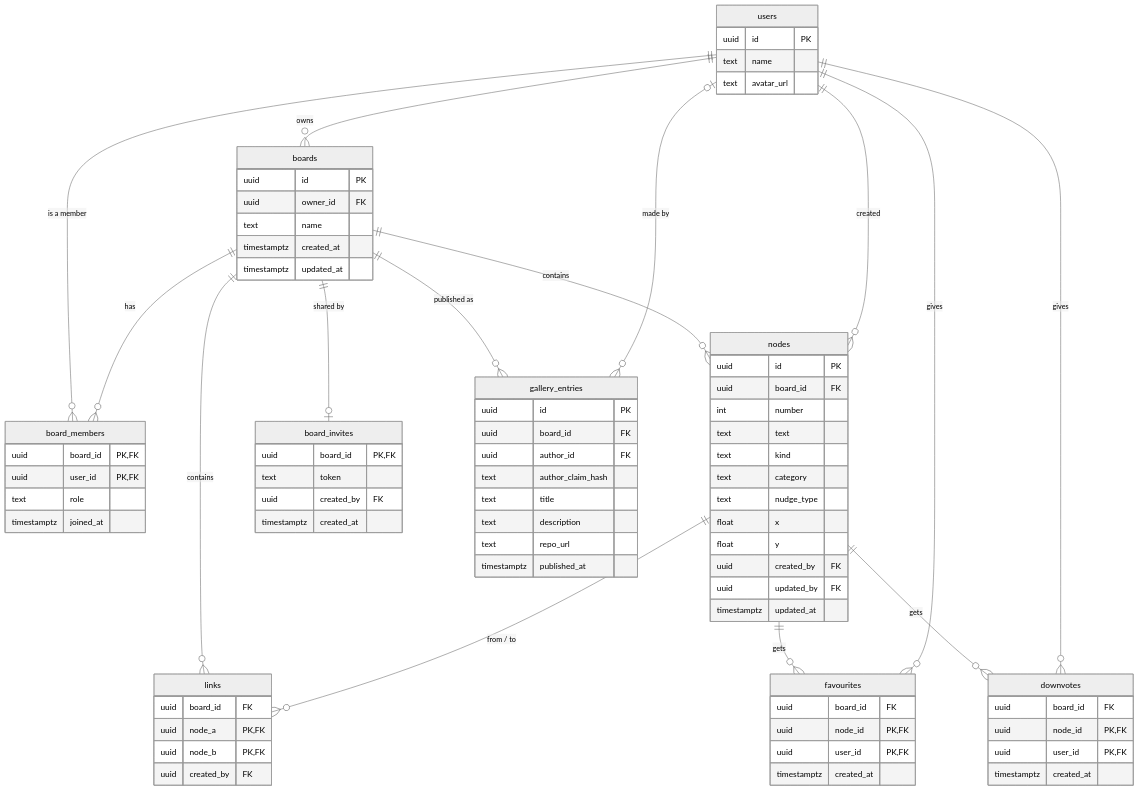
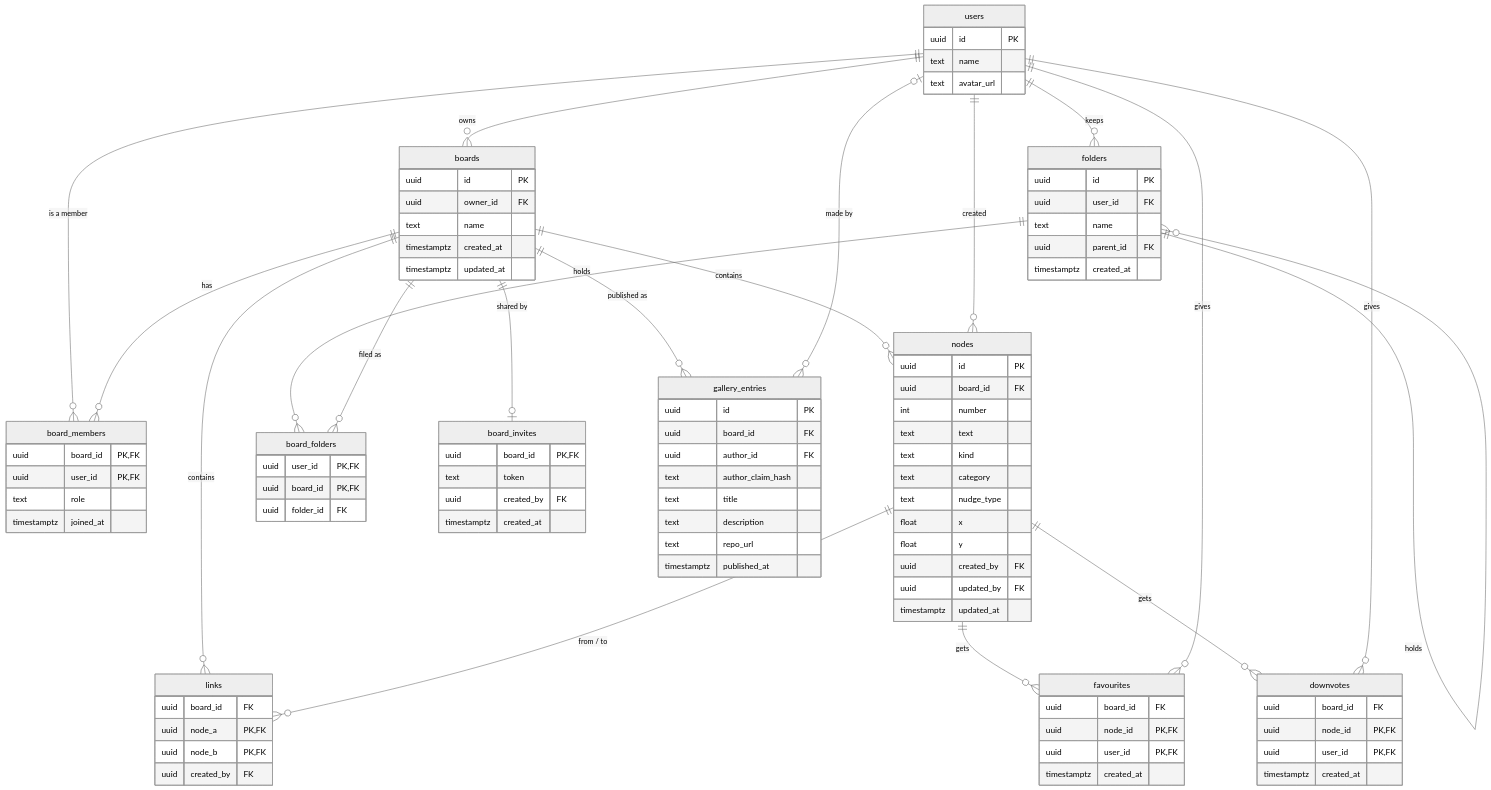
One commit to jtbinith/floppy-thoughts changed the diagram in docs/database.md. Above: the diagram before and after it, drawn with Mermaid (neutral theme). The commit also changed other lines of this file and 16 other files, not shown here.

Commit message:
Folders on the boards page: your own, inside each other; move boards by tapping or dragging; search finds every board (#9)

```diff
--- a/docs/database.md
+++ b/docs/database.md
@@ -33,6 +34,10 @@
   users ||--o{ favourites : gives
   nodes ||--o{ downvotes : gets
   users ||--o{ downvotes : gives
+  users ||--o{ folders : keeps
+  folders ||--o{ folders : holds
+  folders ||--o{ board_folders : holds
+  boards ||--o{ board_folders : "filed as"
   boards ||--o| board_invites : "shared by"
   users ||--o{ nodes : "created"
   boards ||--o{ gallery_entries : "published as"
@@ -88,6 +93,18 @@
     uuid user_id PK, FK
     timestamptz created_at
   }
+  folders {
+    uuid id PK
+    uuid user_id FK
+    text name
+    uuid parent_id FK
+    timestamptz created_at
+  }
+  board_folders {
+    uuid user_id PK, FK
+    uuid board_id PK, FK
+    uuid folder_id FK
+  }
   board_invites {
     uuid board_id PK, FK
     text token
```
